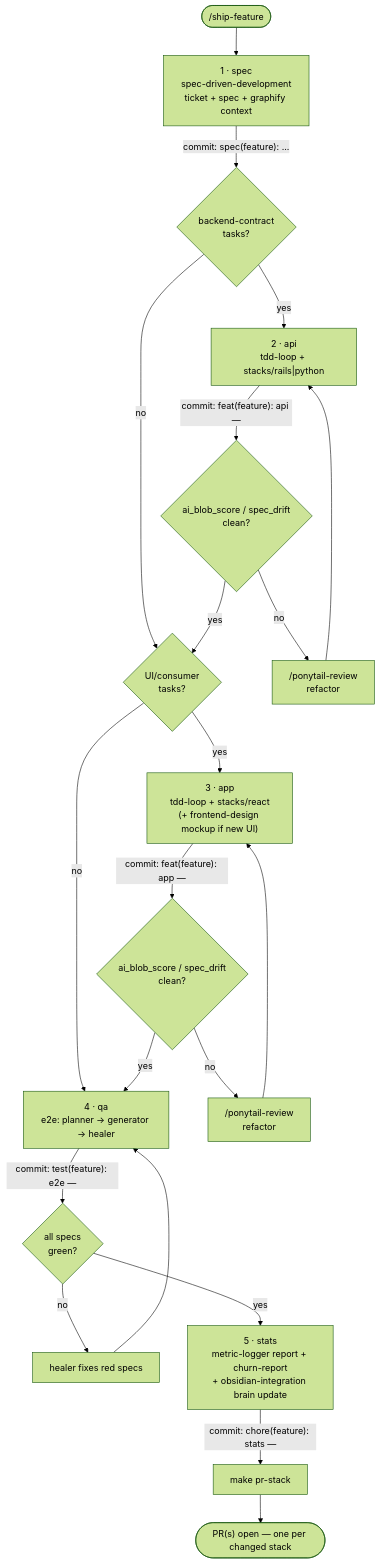
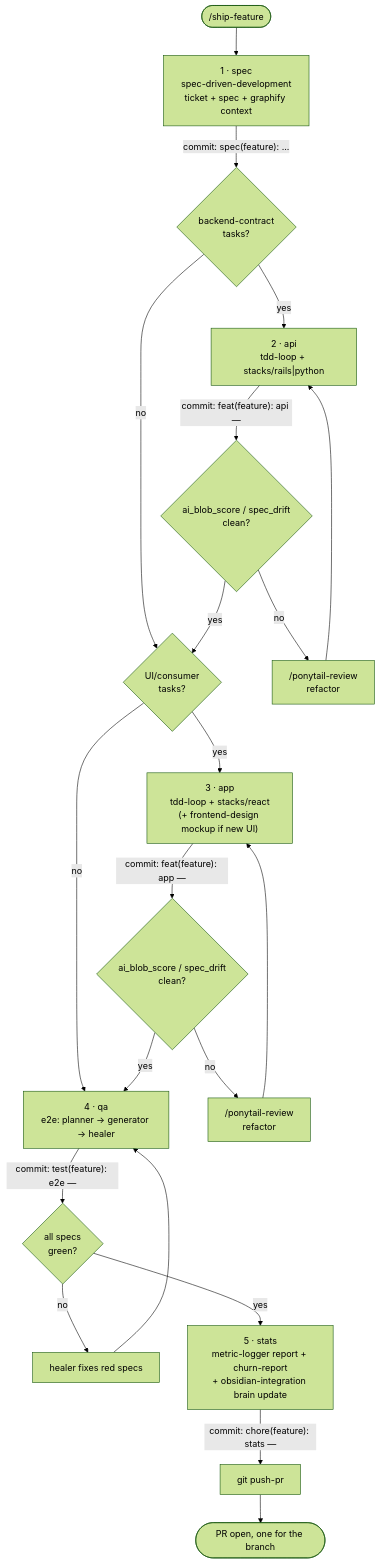
One commit to aleguro/ai-project-boilerplate changed the diagram in README.md. Above: the diagram before and after it, drawn with Mermaid (forest theme). The commit also changed other lines of this file and 5 other files, not shown here.

First line of the commit message:
refactor: drop pr-stack, use git push-pr as the single PR step

````diff
--- a/README.md
+++ b/README.md
@@ -125,26 +125,26 @@
 ```mermaid
 flowchart TD
     Start(["/ship-feature"]) --> Spec["1 · spec<br/>spec-driven-development<br/>ticket + spec + graphify context"]
     Spec -->|"commit: spec(feature): ..."| HasAPI{"backend-contract<br/>tasks?"}
 
     HasAPI -->|yes| API["2 · api<br/>tdd-loop + stacks/rails|python"]
     HasAPI -->|no| HasAPP{"UI/consumer<br/>tasks?"}
 
     API -->|"commit: feat(feature): api —"| GateAPI{"ai_blob_score / spec_drift<br/>clean?"}
     GateAPI -->|no| PonytailAPI["/ponytail-review<br/>refactor"] --> API
     GateAPI -->|yes| HasAPP
 
     HasAPP -->|yes| APP["3 · app<br/>tdd-loop + stacks/react<br/>(+ frontend-design mockup if new UI)"]
     HasAPP -->|no| QA
 
     APP -->|"commit: feat(feature): app —"| GateAPP{"ai_blob_score / spec_drift<br/>clean?"}
     GateAPP -->|no| PonytailAPP["/ponytail-review<br/>refactor"] --> APP
     GateAPP -->|yes| QA["4 · qa<br/>e2e: planner → generator → healer"]
 
     QA -->|"commit: test(feature): e2e —"| GateQA{"all specs<br/>green?"}
     GateQA -->|no| Heal["healer fixes red specs"] --> QA
     GateQA -->|yes| Stats["5 · stats<br/>metric-logger report + churn-report<br/>+ obsidian-integration brain update"]
 
-    Stats -->|"commit: chore(feature): stats —"| PR["make pr-stack"]
-    PR --> Done(["PR(s) open — one per changed stack"])
+    Stats -->|"commit: chore(feature): stats —"| PR["git push-pr"]
+    PR --> Done(["PR open, one for the branch"])
 ```
````
